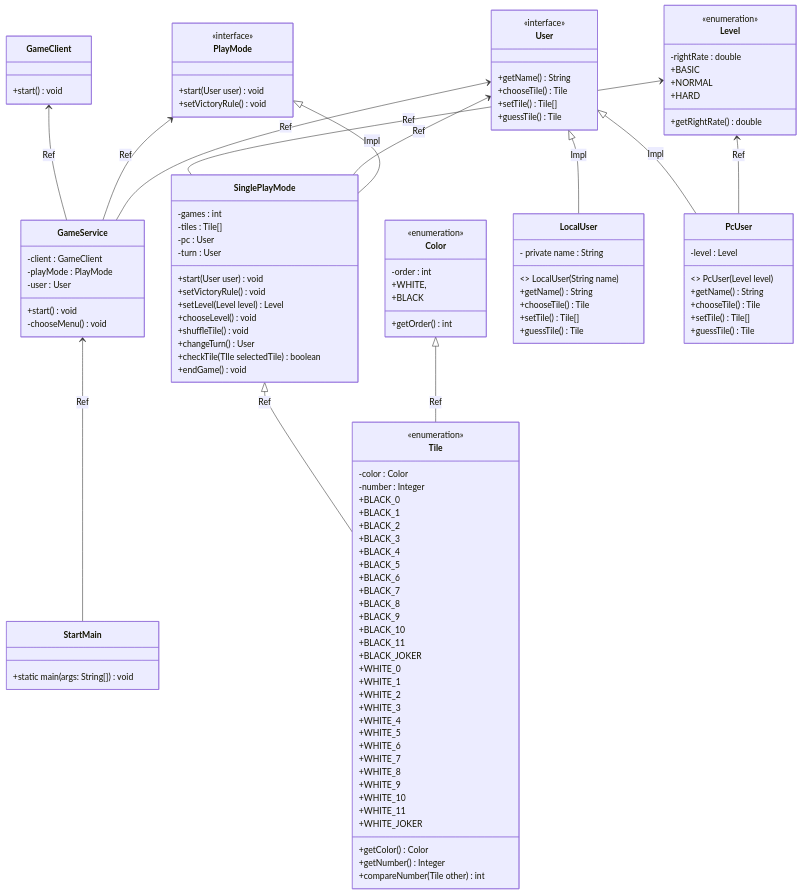
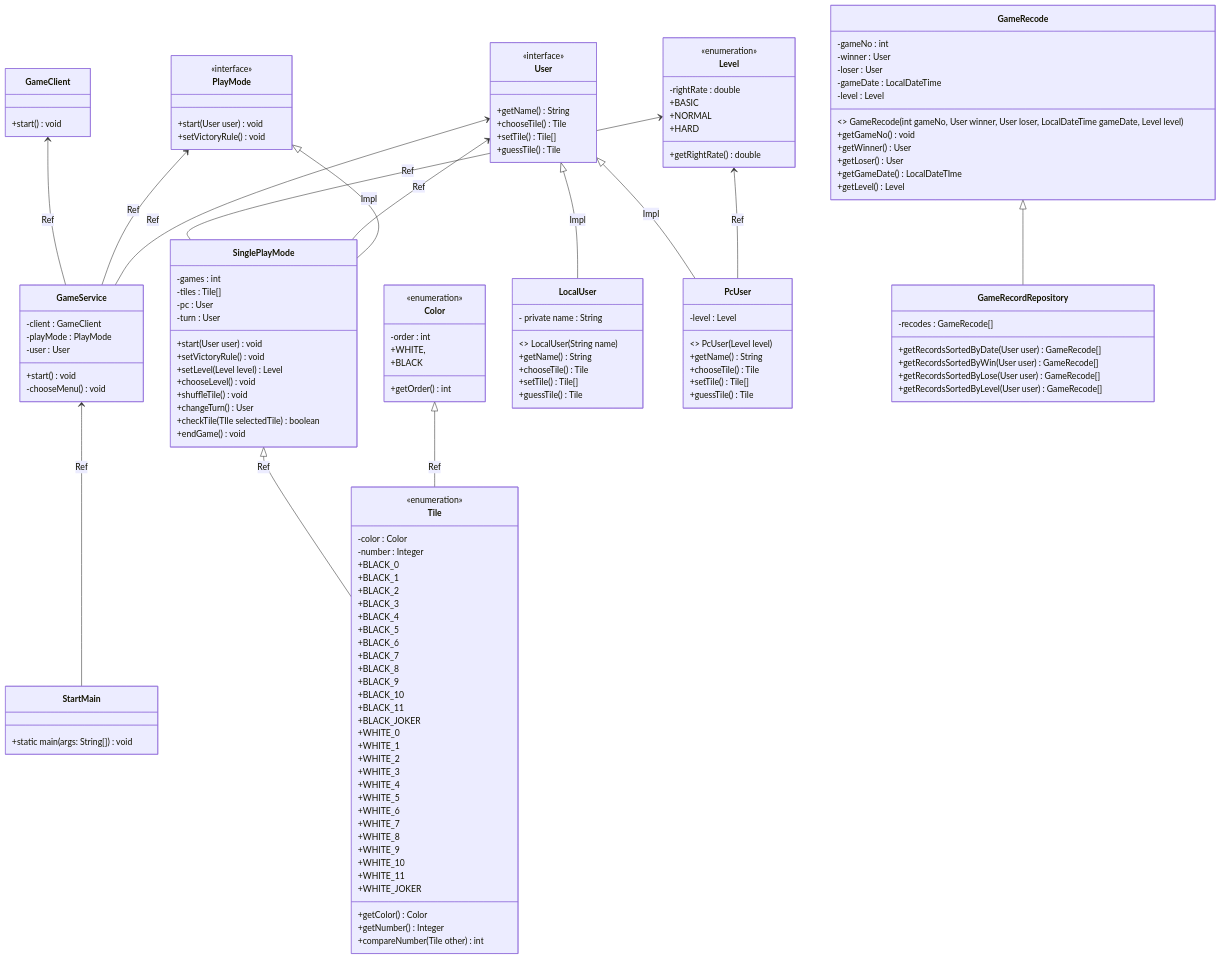
The diagram in readme.md (cheoljundev/console-da-vinci-code-the-game), drawn with Mermaid before and after one commit.

Commit message:
클래스 다이어그램 작성중 : 기록 조회 클래스 작성중

````diff
--- a/readme.md
+++ b/readme.md
@@ -132,6 +132,28 @@
       +setTile() Tile[]
       +guessTile() Tile
     }
+    
+    class GameRecode {
+        -gameNo : int
+        -winner : User
+        -loser : User
+        -gameDate : LocalDateTime
+        -level : Level
+        <<constructor>> GameRecode(int gameNo, User winner, User loser, LocalDateTime gameDate, Level level)
+        +getGameNo() void
+        +getWinner() User
+        +getLoser() User
+        +getGameDate() LocalDateTIme
+        +getLevel() Level
+    }
+    
+    class GameRecordRepository {
+        -recodes : GameRecode[]
+        +getRecordsSortedByDate(User user) GameRecode[]
+        +getRecordsSortedByWin(User user) GameRecode[]
+        +getRecordsSortedByLose(User user) GameRecode[]
+        +getRecordsSortedByLevel(User user) GameRecode[]
+    }
 
     GameService <-- StartMain : Ref
     GameClient <-- GameService : Ref
@@ -145,4 +167,5 @@
     SinglePlayMode <|-- Tile : Ref
     Color <|-- Tile : Ref
     PlayMode <|-- SinglePlayMode : Impl
+    GameRecode <|-- GameRecordRepository
 ```
````
